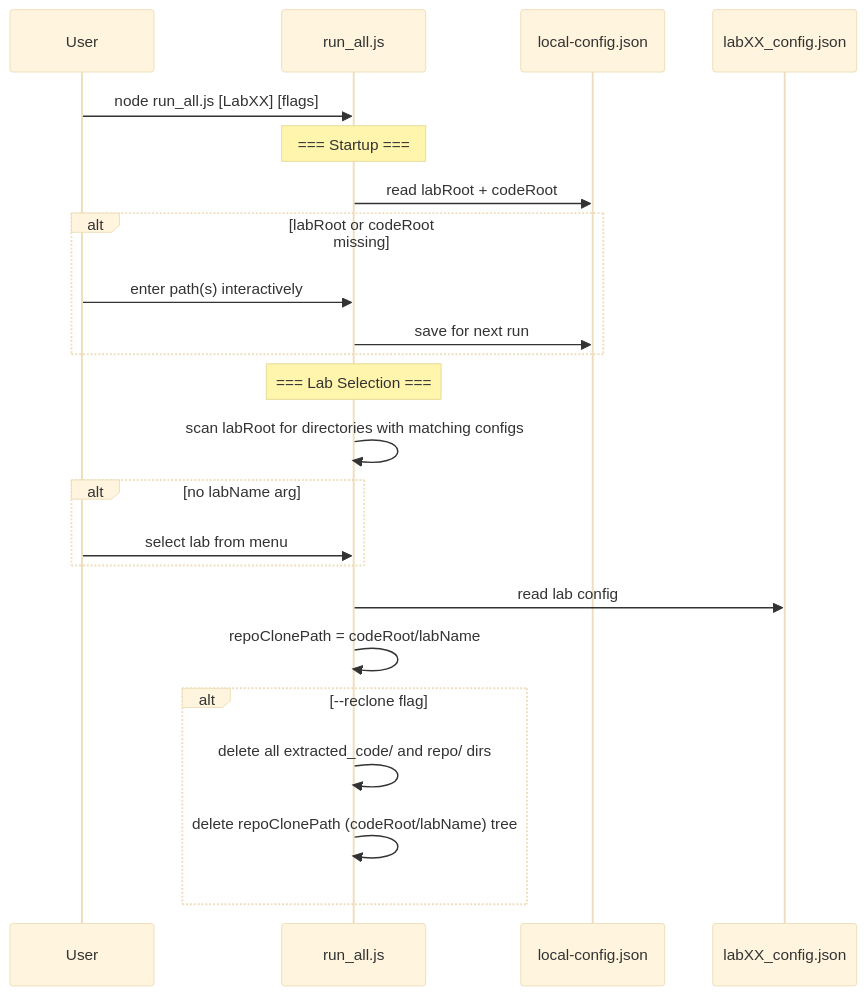
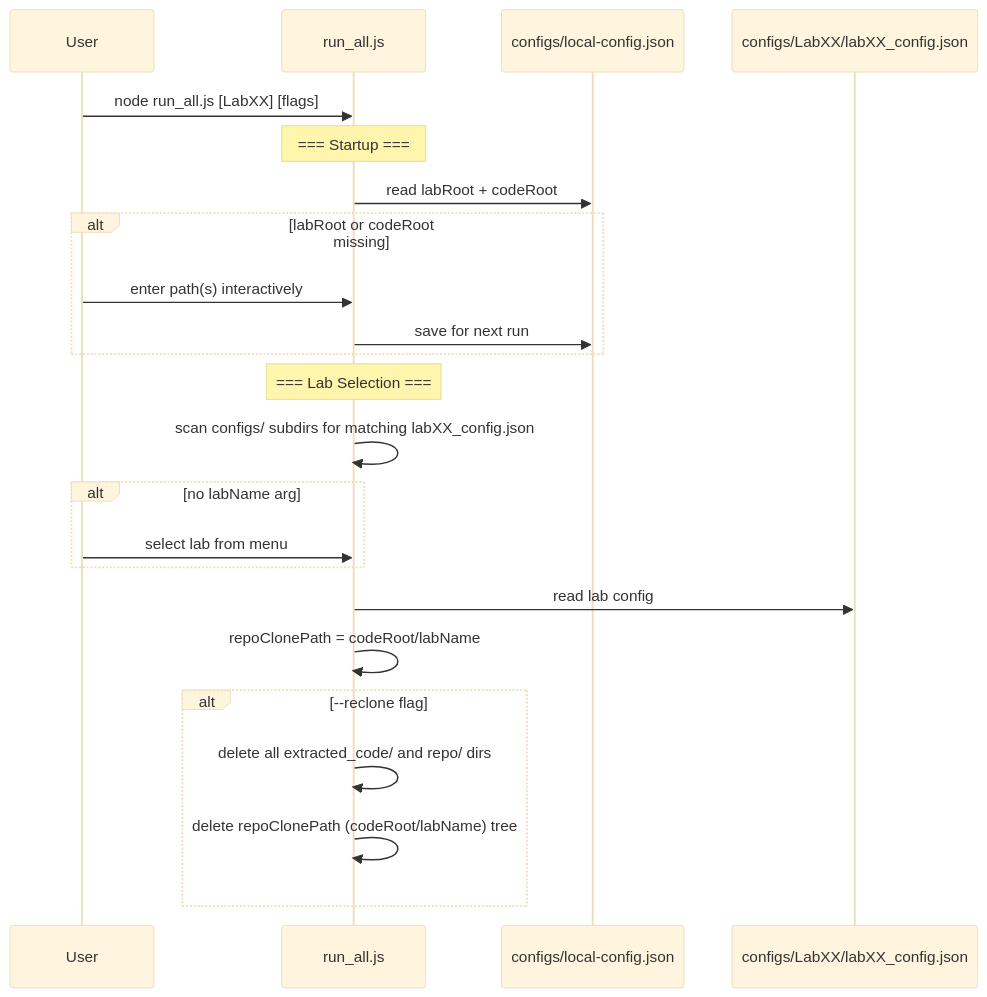
Before and after one commit to ProfBird/CS233JS-AI_Grading: the second of 5 diagrams in DEVELOPER_GUIDE.md, drawn with Mermaid (base theme). The commit also changed other lines of this file and 18 other files, not shown here.

````diff
--- a/DEVELOPER_GUIDE.md
+++ b/DEVELOPER_GUIDE.md
@@ -84,31 +84,31 @@
 ```mermaid
 sequenceDiagram
     participant User
     participant run_all as run_all.js
-    participant lc as local-config.json
-    participant config as labXX_config.json
+    participant lc as configs/local-config.json
+    participant config as configs/LabXX/labXX_config.json
 
     User->>run_all: node run_all.js [LabXX] [flags]
 
     Note over run_all: === Startup ===
     run_all->>lc: read labRoot + codeRoot
     alt labRoot or codeRoot missing
         User->>run_all: enter path(s) interactively
         run_all->>lc: save for next run
     end
 
     Note over run_all: === Lab Selection ===
-    run_all->>run_all: scan labRoot for directories with matching configs
+    run_all->>run_all: scan configs/ subdirs for matching labXX_config.json
 
     alt no labName arg
         User->>run_all: select lab from menu
     end
 
     run_all->>config: read lab config
     run_all->>run_all: repoClonePath = codeRoot/labName
 
     alt --reclone flag
         run_all->>run_all: delete all extracted_code/ and repo/ dirs
         run_all->>run_all: delete repoClonePath (codeRoot/labName) tree
     end
 ```
````
